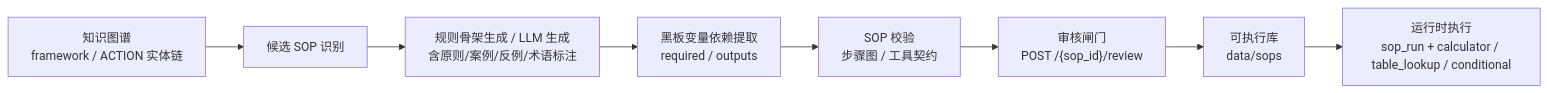
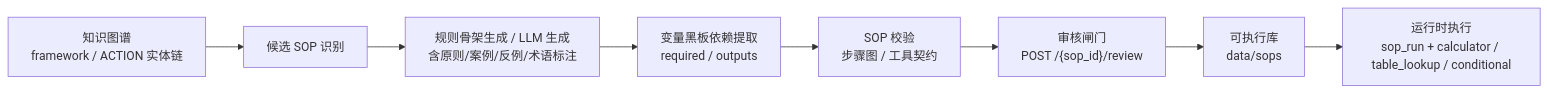
Before and after one commit to 0mao0/AnGIneer: the sixth of 8 diagrams in README.md, drawn with Mermaid. The commit also changed 9 other files, not shown here.

````diff
--- a/README.md
+++ b/README.md
@@ -201,10 +201,10 @@
 ```mermaid
 flowchart LR
     GRAPH["知识图谱<br/>framework / ACTION 实体链"] --> CAND["候选 SOP 识别"]
     CAND --> GEN["规则骨架生成 / LLM 生成<br/>含原则/案例/反例/术语标注"]
-    GEN --> BB["黑板变量依赖提取<br/>required / outputs"]
+    GEN --> BB["变量黑板依赖提取<br/>required / outputs"]
     BB --> VAL["SOP 校验<br/>步骤图 / 工具契约"]
     VAL --> REV2["审核闸门<br/>POST /{sop_id}/review"]
     REV2 --> LIB["可执行库<br/>data/sops"]
     LIB --> RUN["运行时执行<br/>sop_run + calculator / table_lookup / conditional"]
 ```
````
